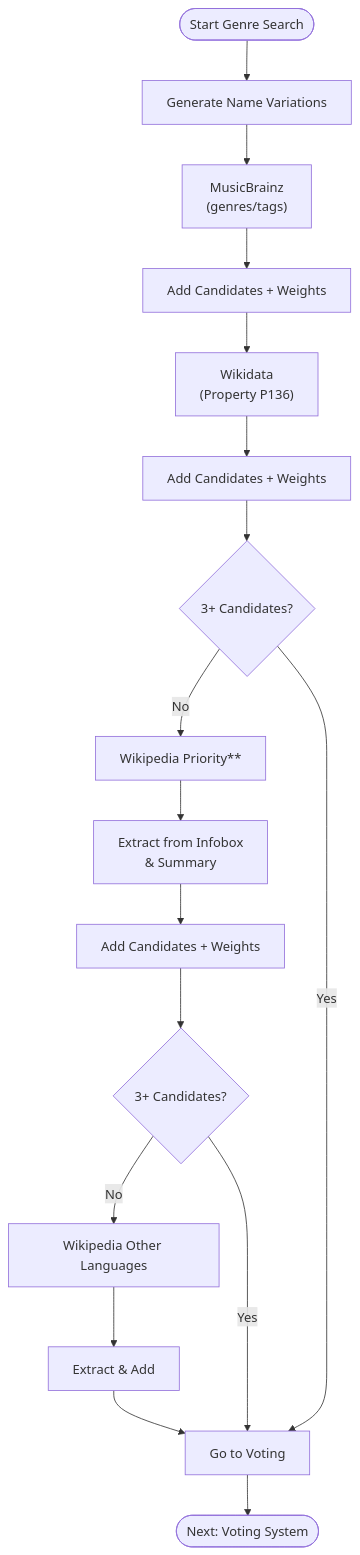
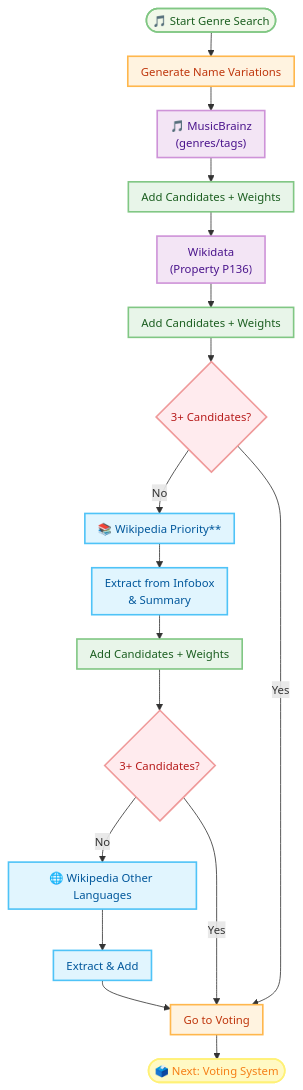
One commit to adroguetth/Music-Charts-Intelligence changed the third of 5 diagrams in Documentation_EN/2_build_artist_db.md. Above: the diagram before and after it, drawn with Mermaid. The commit also changed other lines of this file, not shown here.

````diff
--- a/Documentation_EN/2_build_artist_db.md
+++ b/Documentation_EN/2_build_artist_db.md
@@ -122,24 +171,45 @@
 ```mermaid
+%%{init: {'flowchart': {'useMaxWidth': true, 'width': '50%', 'padding': 8, 'nodeSpacing': 30, 'rankSpacing': 30}, 'themeVariables': {'fontSize': '14px'}}}%%
 flowchart TD
-    START(["Start Genre Search"])
+    START(["🎵 Start Genre Search"])
+    
     START --> GNV["Generate Name Variations"]
-    GNV --> MB["MusicBrainz\n(genres/tags)"]
+    GNV --> MB["🎵 MusicBrainz<br/>(genres/tags)"]
     MB --> ACW1["Add Candidates + Weights"]
-    ACW1 --> WD["Wikidata\n(Property P136)"]
+    ACW1 --> WD[" Wikidata<br/>(Property P136)"]
     WD --> ACW2["Add Candidates + Weights"]
     ACW2 --> C1{"3+ Candidates?"}
 
-    C1 -- "No" --> WPP["Wikipedia Priority**"]
-    WPP --> EIS["Extract from Infobox\n& Summary"]
+    C1 -- "No" --> WPP["📚 Wikipedia Priority**"]
+    WPP --> EIS["Extract from Infobox<br/>& Summary"]
     EIS --> ACW3["Add Candidates + Weights"]
     ACW3 --> C2{"3+ Candidates?"}
 
-    C2 -- "No" --> WOL["Wikipedia Other Languages"]
+    C2 -- "No" --> WOL["🌐 Wikipedia Other Languages"]
     WOL --> EA["Extract & Add"]
     EA --> GTV["Go to Voting"]
 
     C2 -- "Yes" --> GTV
     C1 -- "Yes" --> GTV
 
-    GTV --> NVS(["Next: Voting System"])
+    GTV --> NVS(["🗳️ Next: Voting System"])
+
+    %% Estilos con colores suaves
+    classDef start_end fill:#F1F8E9,stroke:#81C784,stroke-width:2px,color:#1B5E20
+    classDef process fill:#FFF3E0,stroke:#FFB74D,stroke-width:2px,color:#BF360C
+    classDef api fill:#F3E5F5,stroke:#CE93D8,stroke-width:2px,color:#4A148C
+    classDef decision fill:#FFEBEE,stroke:#EF9A9A,stroke-width:2px,color:#B71C1C
+    classDef candidate fill:#E8F5E9,stroke:#81C784,stroke-width:2px,color:#1B5E20
+    classDef wiki fill:#E1F5FE,stroke:#4FC3F7,stroke-width:2px,color:#01579B
+    classDef next fill:#FFF9C4,stroke:#FFF176,stroke-width:2px,color:#F57F17
+
+    %% Asignación de clases
+    class START start_end
+    class GNV process
+    class MB,WD api
+    class ACW1,ACW2,ACW3 candidate
+    class C1,C2 decision
+    class WPP,EIS,WOL,EA wiki
+    class GTV process
+    class NVS next
 ```
````
